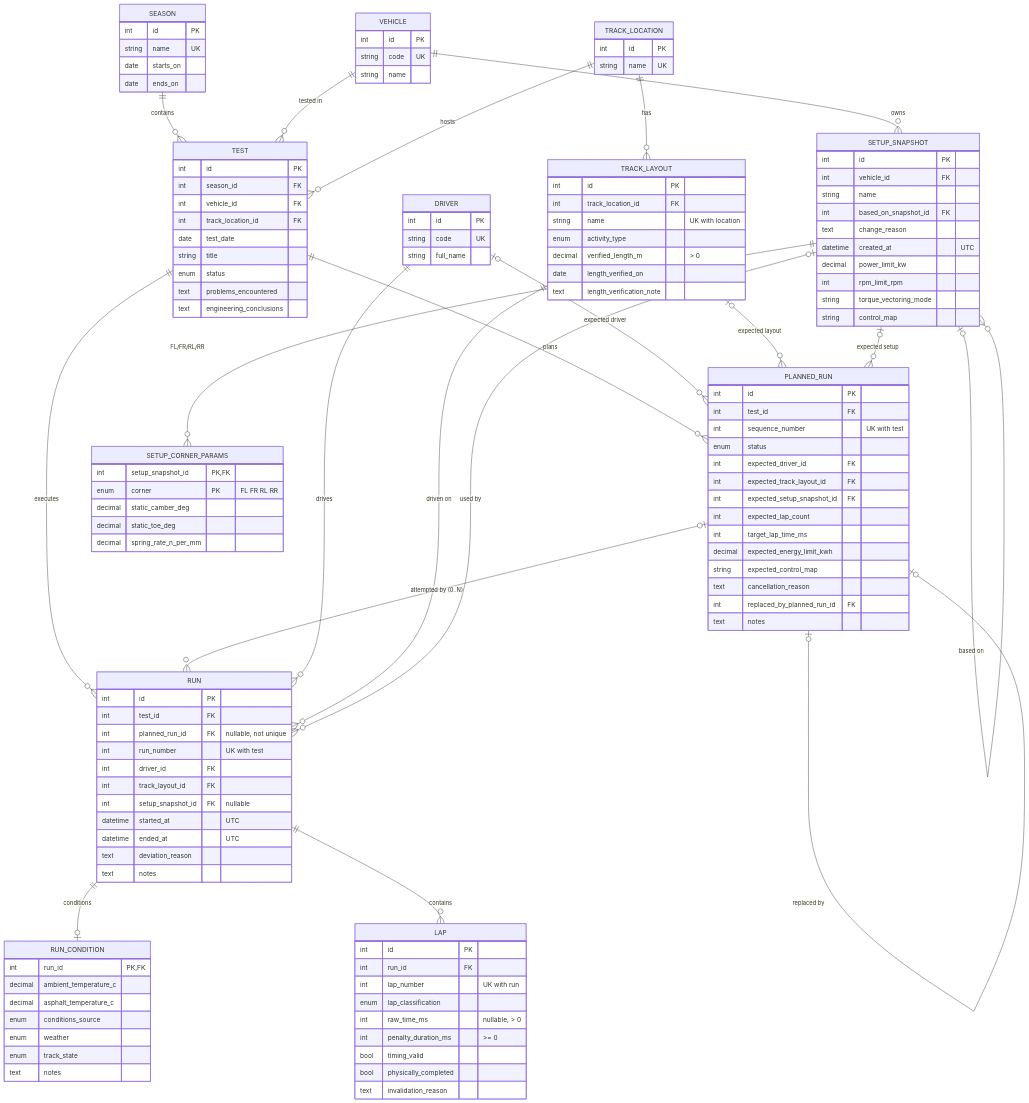
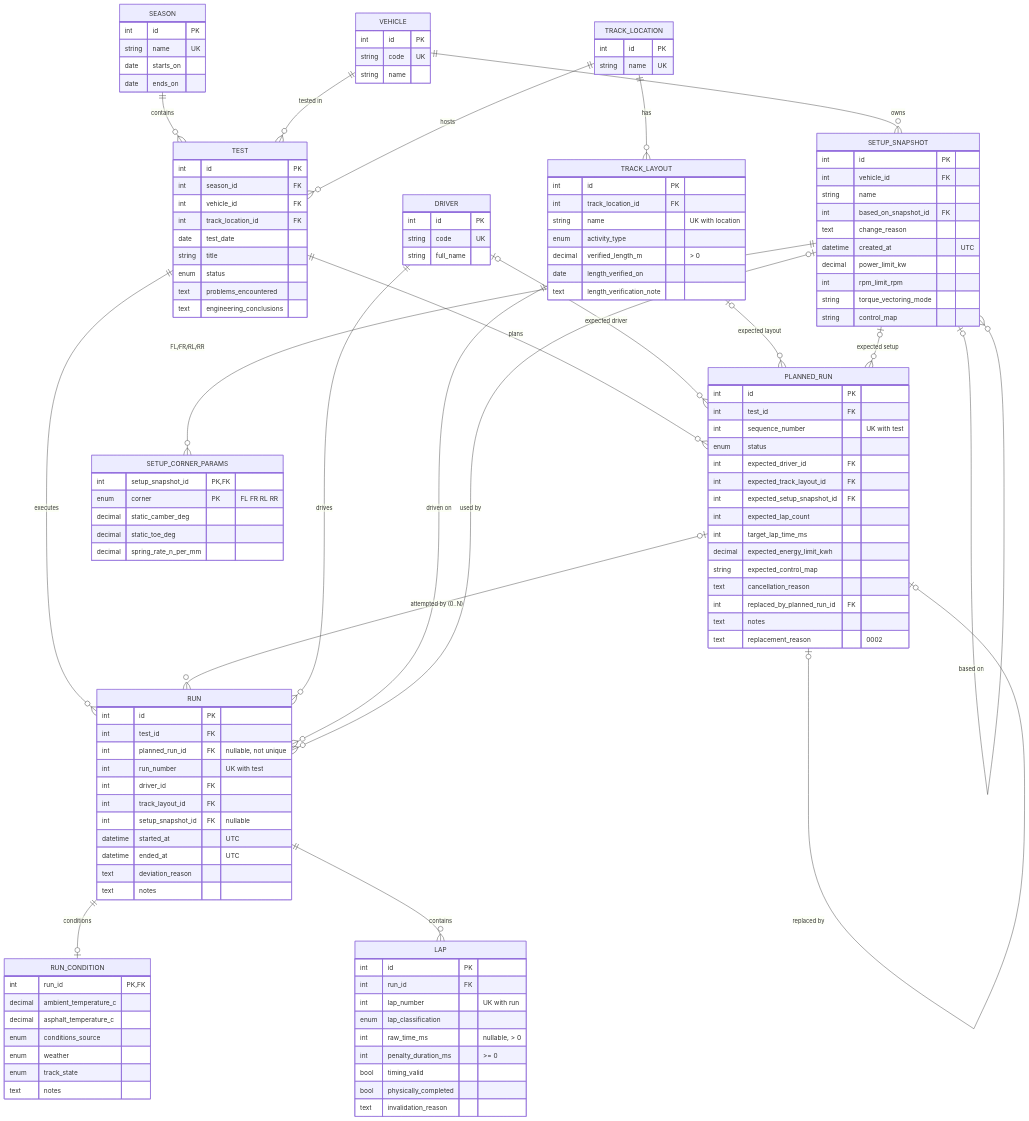
One commit to sonofthequeen/assignment-sw-26-27-tdm changed the diagram in docs/data-model.md. Above: the diagram before and after it, drawn with Mermaid. The commit also changed other lines of this file and 37 other files, not shown here.

```diff
--- a/docs/data-model.md
+++ b/docs/data-model.md
@@ -86,6 +86,7 @@
         text cancellation_reason
         int replaced_by_planned_run_id FK
         text notes
+        text replacement_reason "0002"
     }
     RUN {
         int id PK
```
